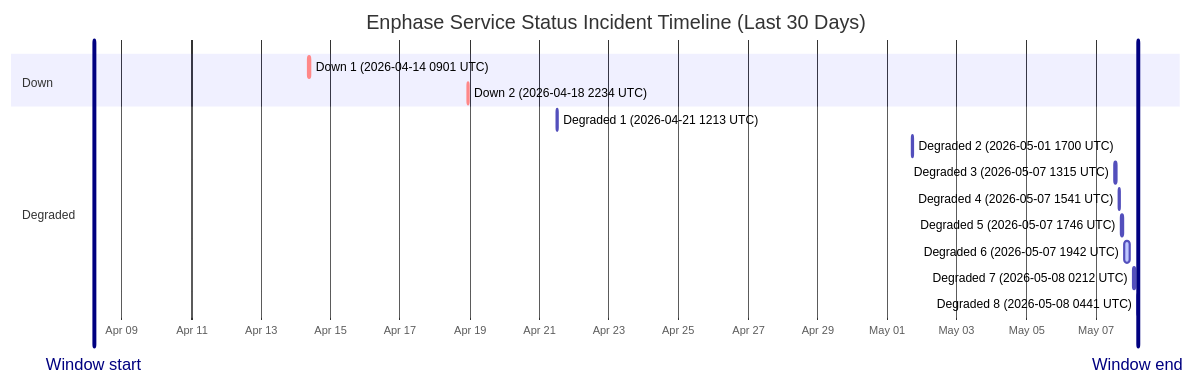
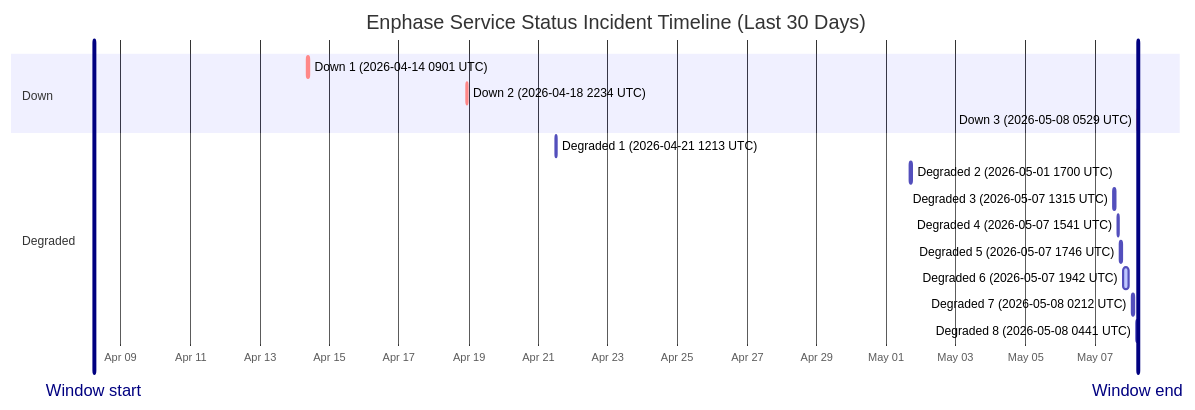
One commit to barneyonline/ha-enphase-ev-charger changed the diagram in wiki/Service-Status-History.md. Above: the diagram before and after it, drawn with Mermaid. The commit also changed other lines of this file and 5 other files, not shown here.

````diff
--- a/wiki/Service-Status-History.md
+++ b/wiki/Service-Status-History.md
@@ -14,20 +14,21 @@
 ```mermaid
 gantt
     title Enphase Service Status Incident Timeline (Last 30 Days)
     dateFormat  YYYY-MM-DDTHH:mm:ss
     axisFormat  %b %d
-    Window start :vert, window-start, 2026-04-08T04:41:46, 0ms
-    Window end :vert, window-end, 2026-05-08T04:41:46, 0ms
+    Window start :vert, window-start, 2026-04-08T05:29:47, 0ms
+    Window end :vert, window-end, 2026-05-08T05:29:47, 0ms
     section Down
     Down 1 (2026-04-14 0901 UTC) :crit, down-1, 2026-04-14T09:01:13, 60m
     Down 2 (2026-04-18 2234 UTC) :crit, down-2, 2026-04-18T22:34:13, 60m
+    Down 3 (2026-05-08 0529 UTC) :crit, down-3, 2026-05-08T05:29:47, 60m
     section Degraded
     Degraded 1 (2026-04-21 1213 UTC) :active, degraded-1, 2026-04-21T12:13:11, 60m
     Degraded 2 (2026-05-01 1700 UTC) :active, degraded-2, 2026-05-01T17:00:22, 60m
     Degraded 3 (2026-05-07 1315 UTC) :active, degraded-3, 2026-05-07T13:15:25, 60m
     Degraded 4 (2026-05-07 1541 UTC) :active, degraded-4, 2026-05-07T15:41:58, 60m
     Degraded 5 (2026-05-07 1746 UTC) :active, degraded-5, 2026-05-07T17:46:51, 60m
     Degraded 6 (2026-05-07 1942 UTC) :active, degraded-6, 2026-05-07T19:42:10, 249m
     Degraded 7 (2026-05-08 0212 UTC) :active, degraded-7, 2026-05-08T02:12:39, 60m
     Degraded 8 (2026-05-08 0441 UTC) :active, degraded-8, 2026-05-08T04:41:46, 60m
 ```
````
